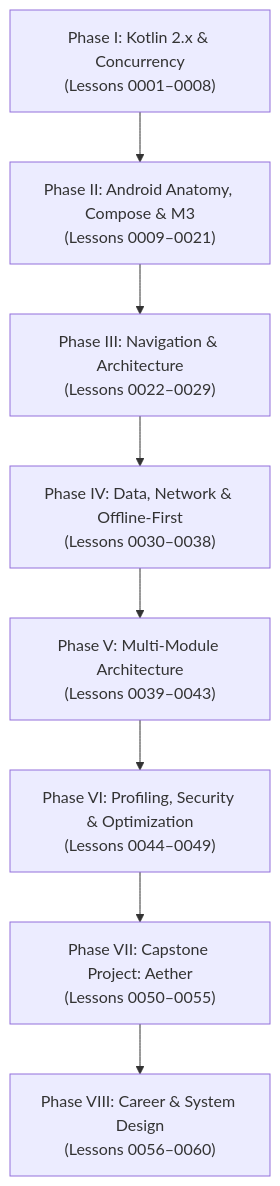
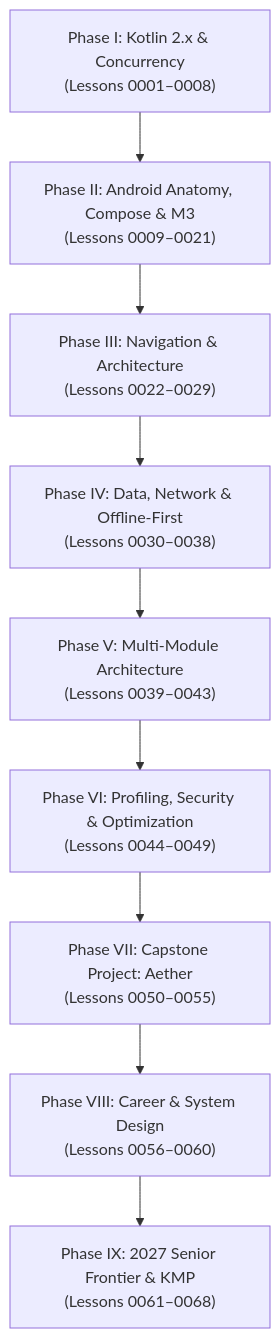
One commit to TimLiu-Dev/Learn changed the diagram in Android/MASTER_PLAN.md. Above: the diagram before and after it, drawn with Mermaid. The commit also changed other lines of this file and 446 other files, not shown here.

````diff
--- a/Android/MASTER_PLAN.md
+++ b/Android/MASTER_PLAN.md
@@ -44,10 +44,11 @@
 ```mermaid
 flowchart TD
     P1["Phase I: Kotlin 2.x & Concurrency<br/>(Lessons 0001–0008)"] --> P2["Phase II: Android Anatomy, Compose & M3<br/>(Lessons 0009–0021)"]
     P2 --> P3["Phase III: Navigation & Architecture<br/>(Lessons 0022–0029)"]
     P3 --> P4["Phase IV: Data, Network & Offline-First<br/>(Lessons 0030–0038)"]
     P4 --> P5["Phase V: Multi-Module Architecture<br/>(Lessons 0039–0043)"]
     P5 --> P6["Phase VI: Profiling, Security & Optimization<br/>(Lessons 0044–0049)"]
     P6 --> P7["Phase VII: Capstone Project: Aether<br/>(Lessons 0050–0055)"]
     P7 --> P8["Phase VIII: Career & System Design<br/>(Lessons 0056–0060)"]
+    P8 --> P9["Phase IX: 2027 Senior Frontier & KMP<br/>(Lessons 0061–0068)"]
 ```
````
